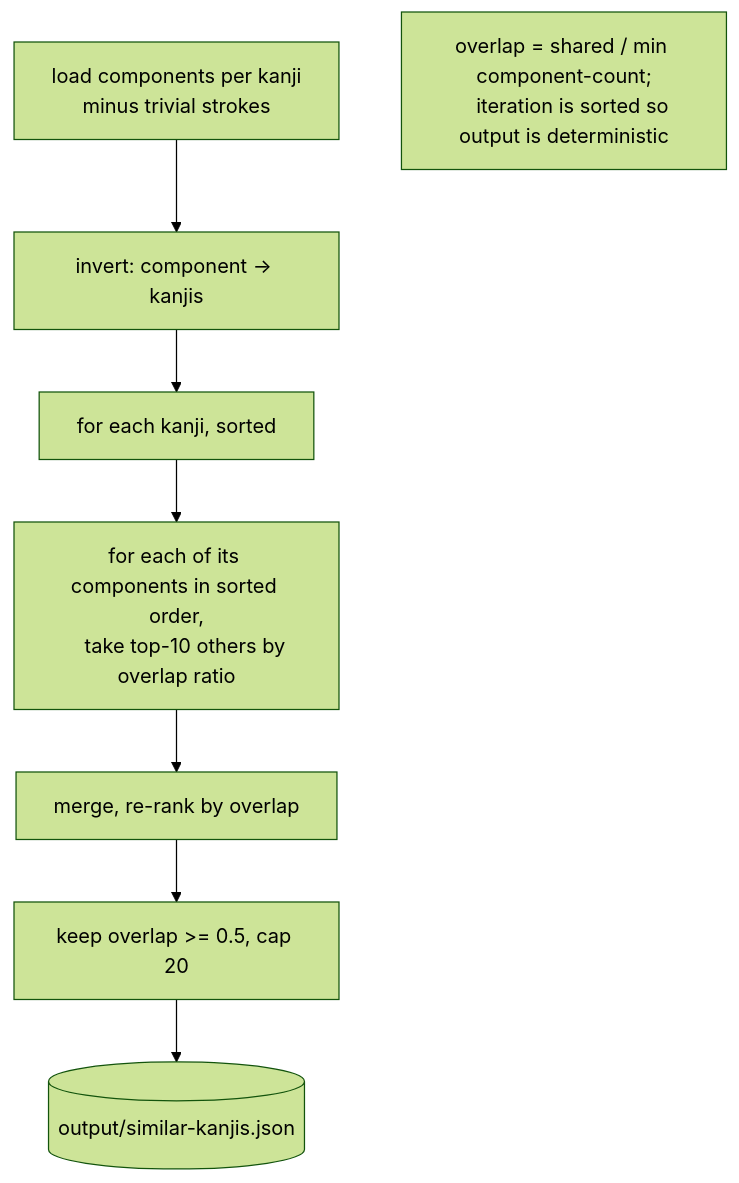
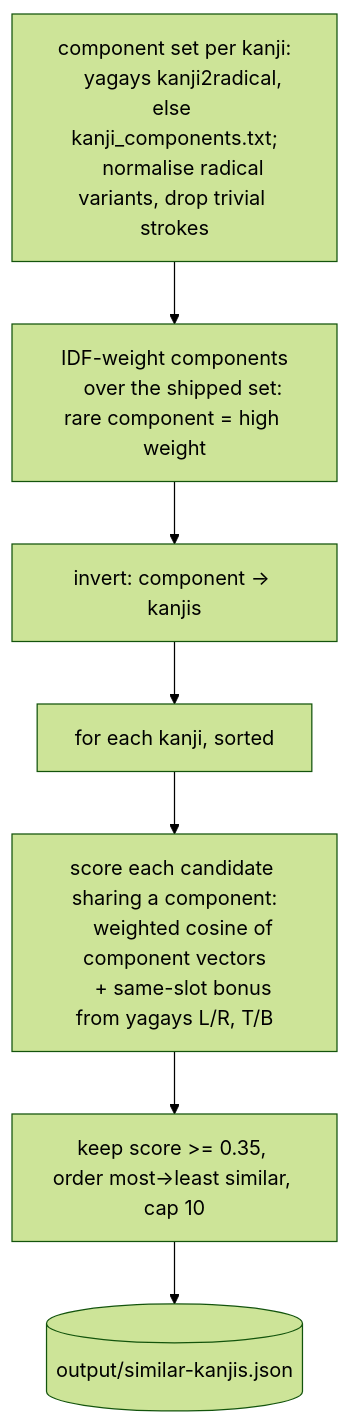
One commit to PikaPikaGems/kanji-heatmap-data changed the sixth of 8 diagrams in notes/flowchart.md. Above: the diagram before and after it, drawn with Mermaid (forest theme). The commit also changed other lines of this file, not shown here.

Commit message:
Update flowchart

````diff
--- a/notes/flowchart.md
+++ b/notes/flowchart.md
@@ -240,13 +248,14 @@
 ```mermaid
 flowchart TD
-    L[load components per kanji
-    minus trivial strokes] --> IDX[invert: component -> kanjis]
+    L[component set per kanji:
+    yagays kanji2radical, else kanji_components.txt;
+    normalise radical variants, drop trivial strokes] --> W[IDF-weight components
+    over the shipped set: rare component = high weight]
+    W --> IDX[invert: component -> kanjis]
     IDX --> K[for each kanji, sorted]
-    K --> G[for each of its components in sorted order,
-    take top-10 others by overlap ratio]
-    G --> M[merge, re-rank by overlap]
-    M --> F[keep overlap >= 0.5, cap 20]
+    K --> SC[score each candidate sharing a component:
+    weighted cosine of component vectors
+    + same-slot bonus from yagays L/R, T/B]
+    SC --> F[keep score >= 0.35, order most→least similar, cap 10]
     F --> OUT[(output/similar-kanjis.json)]
-    note["overlap = shared / min component-count;
-    iteration is sorted so output is deterministic"]
 ```
````
